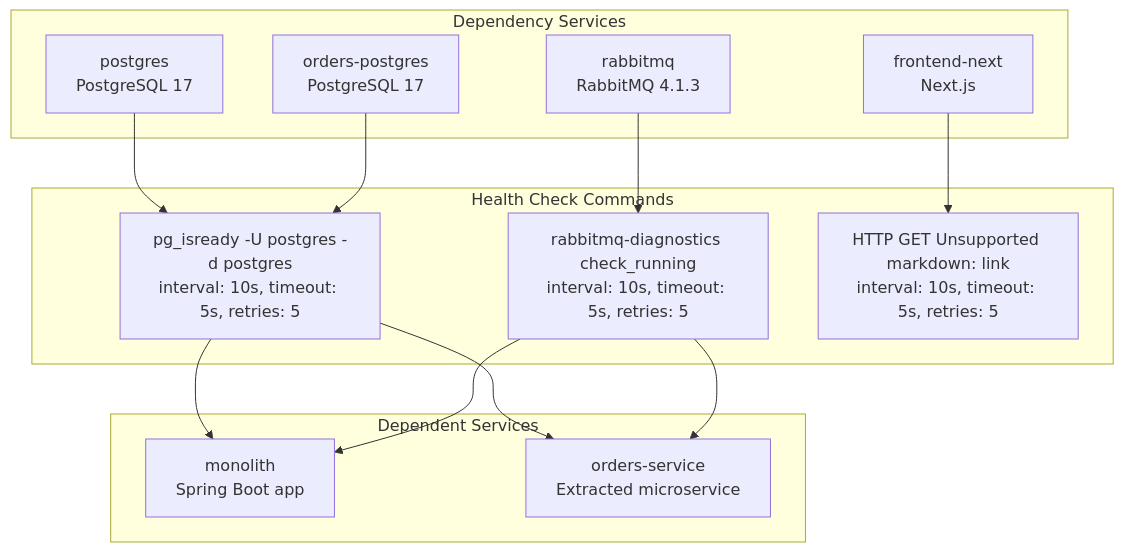
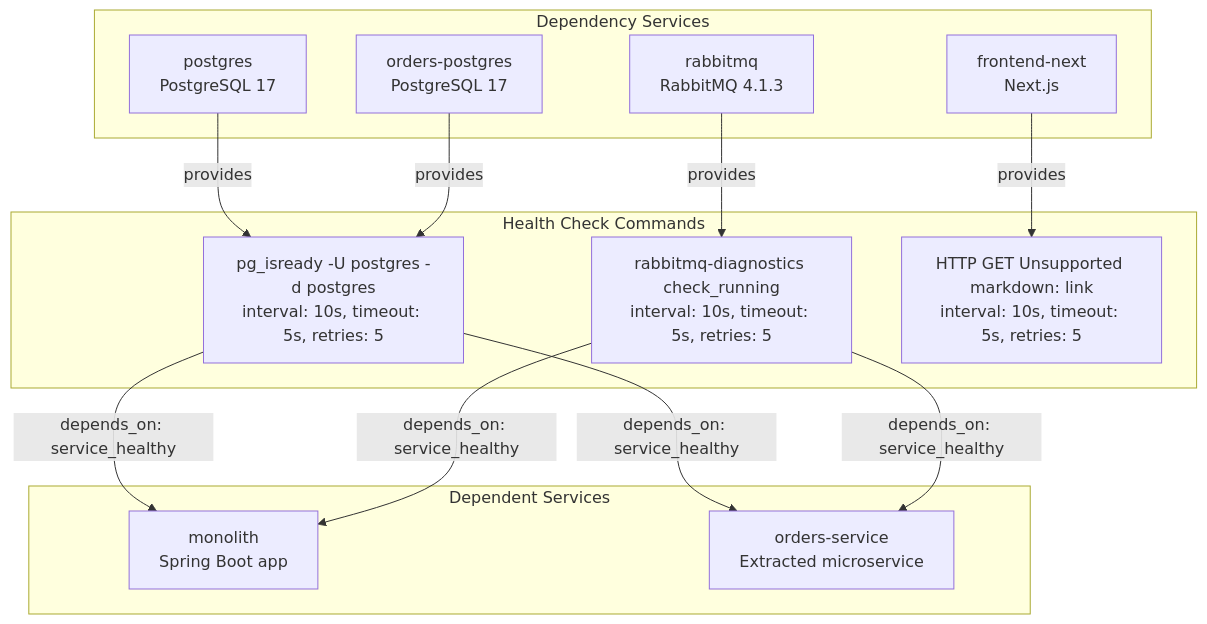
The fourth of 5 diagrams in docs/deepwiki/Spring-Actuator-and-Health-Checks.md (philipz/spring-modular-monolith), drawn with Mermaid before and after one commit. The commit also changed other lines of this file and 55 other files, not shown here.

````diff
--- a/docs/deepwiki/Spring-Actuator-and-Health-Checks.md
+++ b/docs/deepwiki/Spring-Actuator-and-Health-Checks.md
@@ -480,40 +480,40 @@
 ```mermaid
 flowchart TD
 
 Postgres["postgres<br>PostgreSQL 17"]
 OrdersPostgres["orders-postgres<br>PostgreSQL 17"]
 RabbitMQ["rabbitmq<br>RabbitMQ 4.1.3"]
 FrontendNext["frontend-next<br>Next.js"]
 PgCheck["pg_isready -U postgres -d postgres<br>interval: 10s, timeout: 5s, retries: 5"]
 RabbitCheck["rabbitmq-diagnostics check_running<br>interval: 10s, timeout: 5s, retries: 5"]
 NodeCheck["HTTP GET Unsupported markdown: link<br>interval: 10s, timeout: 5s, retries: 5"]
 Monolith["monolith<br>Spring Boot app"]
 OrdersService["orders-service<br>Extracted microservice"]
 
-Postgres --> PgCheck
-OrdersPostgres --> PgCheck
-RabbitMQ --> RabbitCheck
-FrontendNext --> NodeCheck
-PgCheck --> Monolith
-RabbitCheck --> Monolith
-PgCheck --> OrdersService
-RabbitCheck --> OrdersService
+Postgres -->|"provides"| PgCheck
+OrdersPostgres -->|"provides"| PgCheck
+RabbitMQ -->|"provides"| RabbitCheck
+FrontendNext -->|"provides"| NodeCheck
+PgCheck -->|"depends_on: service_healthy"| Monolith
+RabbitCheck -->|"depends_on: service_healthy"| Monolith
+PgCheck -->|"depends_on: service_healthy"| OrdersService
+RabbitCheck -->|"depends_on: service_healthy"| OrdersService
 
 subgraph subGraph2 ["Dependent Services"]
     Monolith
     OrdersService
 end
 
 subgraph subGraph1 ["Health Check Commands"]
     PgCheck
     RabbitCheck
     NodeCheck
 end
 
 subgraph subGraph0 ["Dependency Services"]
     Postgres
     OrdersPostgres
     RabbitMQ
     FrontendNext
 end
 ```
````
